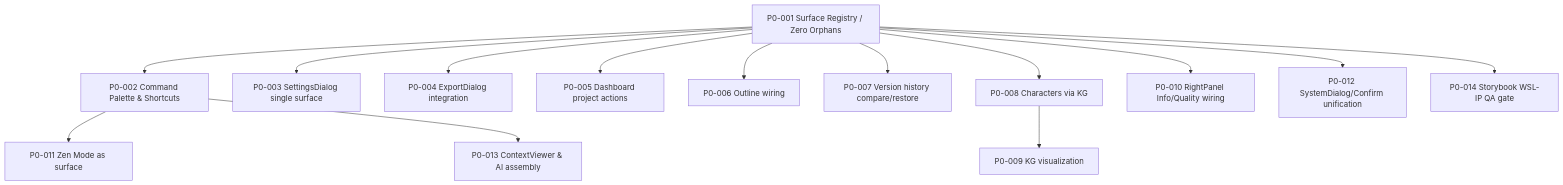
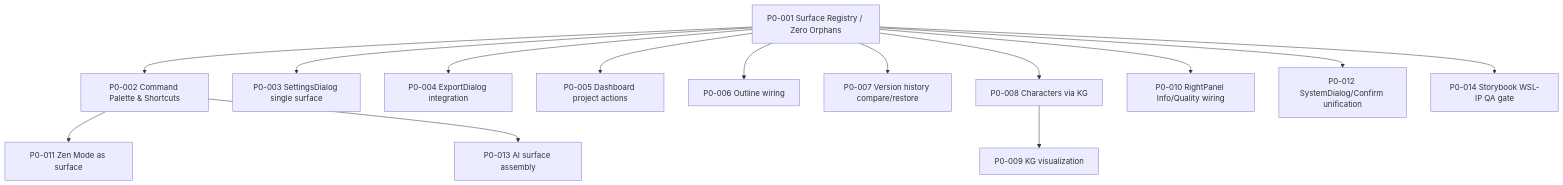
One commit to Leeky1017/CreoNow changed the diagram in openspec/specs/creonow-frontend-full-assembly/task_cards/index.md. Above: the diagram before and after it, drawn with Mermaid. The commit also changed other lines of this file and 28 other files, not shown here.

````diff
--- a/openspec/specs/creonow-frontend-full-assembly/task_cards/index.md
+++ b/openspec/specs/creonow-frontend-full-assembly/task_cards/index.md
@@ -76,16 +77,16 @@
 ```mermaid
 flowchart TD
   P0001["P0-001 Surface Registry / Zero Orphans"] --> P0002["P0-002 Command Palette & Shortcuts"]
   P0001 --> P0003["P0-003 SettingsDialog single surface"]
   P0001 --> P0004["P0-004 ExportDialog integration"]
   P0001 --> P0005["P0-005 Dashboard project actions"]
   P0001 --> P0006["P0-006 Outline wiring"]
   P0001 --> P0007["P0-007 Version history compare/restore"]
   P0001 --> P0008["P0-008 Characters via KG"]
   P0008 --> P0009["P0-009 KG visualization"]
   P0001 --> P0010["P0-010 RightPanel Info/Quality wiring"]
   P0002 --> P0011["P0-011 Zen Mode as surface"]
   P0001 --> P0012["P0-012 SystemDialog/Confirm unification"]
-  P0002 --> P0013["P0-013 ContextViewer & AI assembly"]
+  P0002 --> P0013["P0-013 AI surface assembly"]
   P0001 --> P0014["P0-014 Storybook WSL-IP QA gate"]
 ```
````
